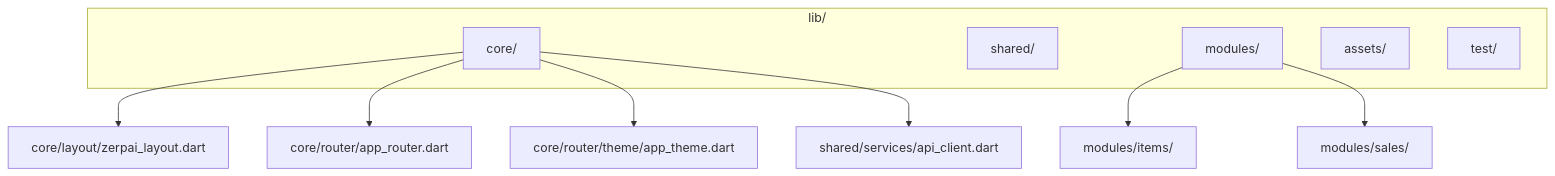
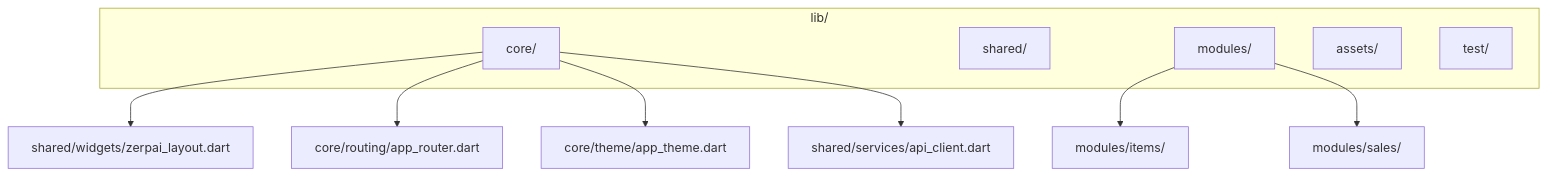
One commit to ARUNTHOMAS3/trans changed the first of 8 diagrams in repowiki/en/content/Frontend Development/Flutter Application Structure.md. Above: the diagram before and after it, drawn with Mermaid. The commit also changed other lines of this file and 112 other files, not shown here.

````diff
--- a/repowiki/en/content/Frontend Development/Flutter Application Structure.md
+++ b/repowiki/en/content/Frontend Development/Flutter Application Structure.md
@@ -44,22 +44,22 @@
 ```mermaid
 graph TB
 subgraph "lib/"
 CORE["core/"]
 SHARED["shared/"]
 MODULES["modules/"]
 ASSETS["assets/"]
 TEST["test/"]
 end
-CORE_LAYOUT["core/layout/zerpai_layout.dart"]
-CORE_ROUTER["core/router/app_router.dart"]
-CORE_THEME["core/router/theme/app_theme.dart"]
+CORE_LAYOUT["shared/widgets/zerpai_layout.dart"]
+CORE_ROUTER["core/routing/app_router.dart"]
+CORE_THEME["core/theme/app_theme.dart"]
 CORE_API["shared/services/api_client.dart"]
 MODULE_ITEMS["modules/items/"]
 MODULE_SALES["modules/sales/"]
 CORE --> CORE_LAYOUT
 CORE --> CORE_ROUTER
 CORE --> CORE_THEME
 CORE --> CORE_API
 MODULES --> MODULE_ITEMS
 MODULES --> MODULE_SALES
 ```
````
